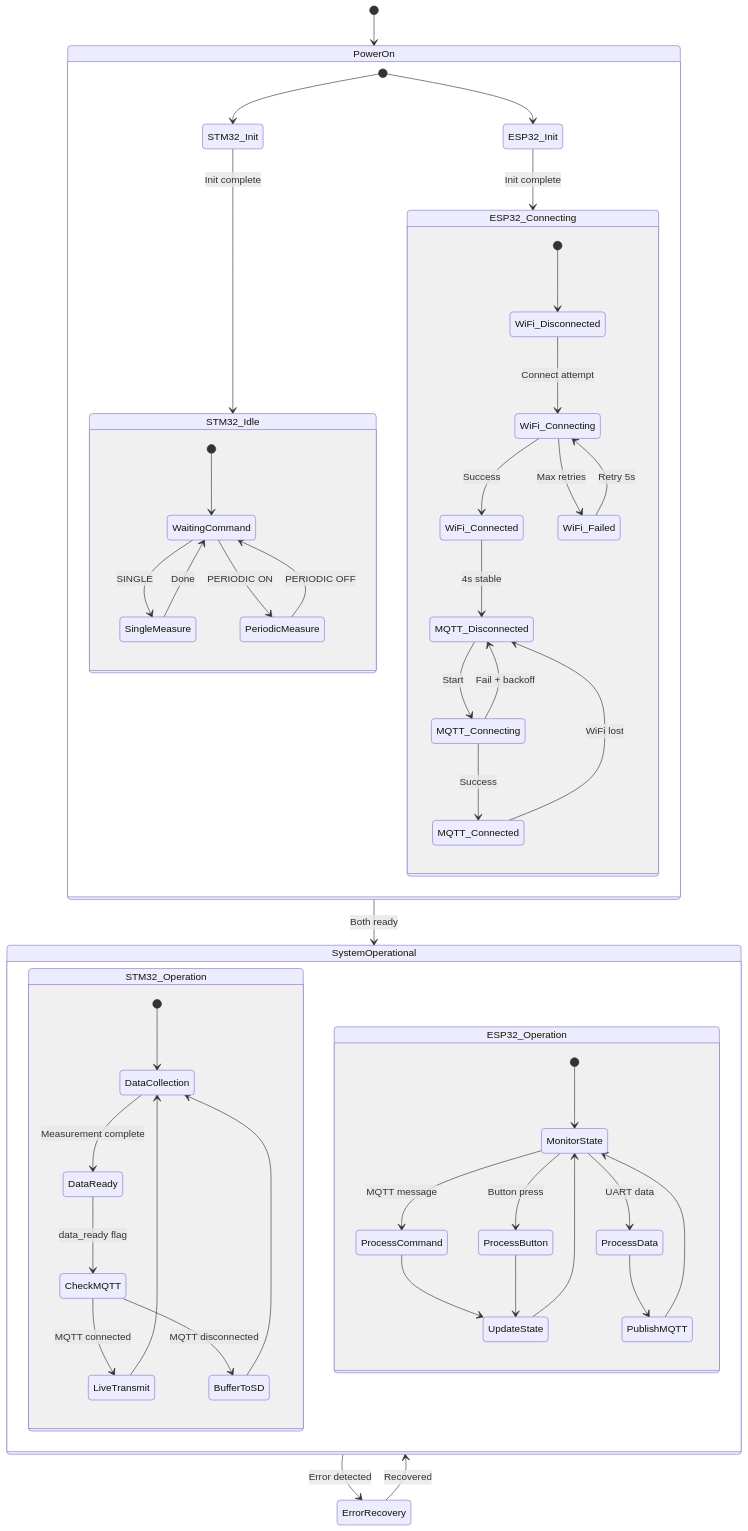
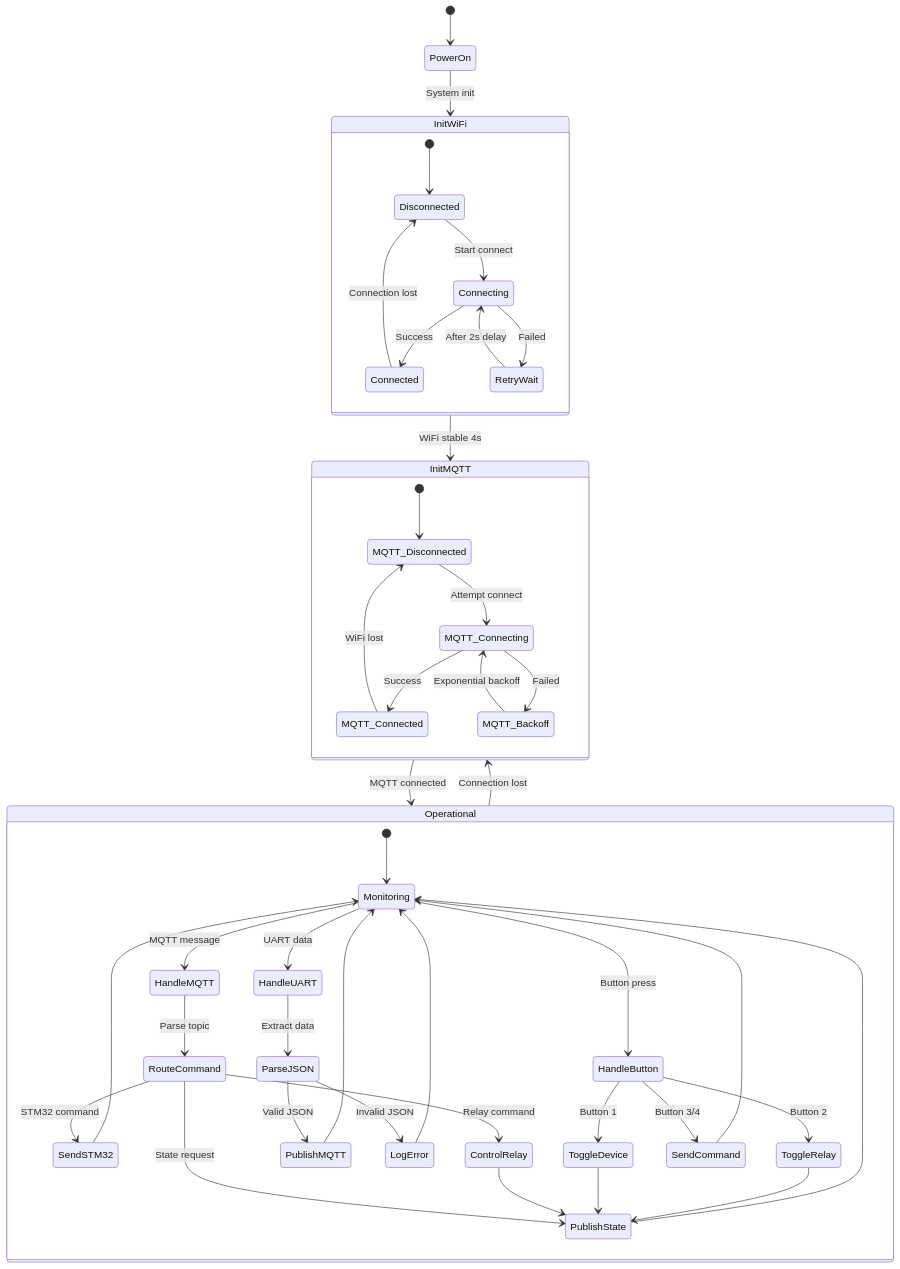
The sixth of 10 diagrams in documents/firmware/UML_DIAGRAM_FIRMWARE.md (meeTeam05/datalogger), drawn with Mermaid before and after one commit. The commit also changed other lines of this file, not shown here.

Commit message:
fix(docs): update UML diagrams for clarity and organization in UML_DIAGRAM_FIRMWARE.md

````diff
--- a/documents/firmware/UML_DIAGRAM_FIRMWARE.md
+++ b/documents/firmware/UML_DIAGRAM_FIRMWARE.md
@@ -368,62 +340,60 @@
 ```mermaid
 stateDiagram-v2
     [*] --> PowerOn
-    
-    state PowerOn {
-        [*] --> STM32_Init
-        [*] --> ESP32_Init
-        
-        STM32_Init --> STM32_Idle : Init complete
-        ESP32_Init --> ESP32_Connecting : Init complete
-        
-        state STM32_Idle {
-            [*] --> WaitingCommand
-            WaitingCommand --> SingleMeasure : SINGLE
-            WaitingCommand --> PeriodicMeasure : PERIODIC ON
-            SingleMeasure --> WaitingCommand : Done
-            PeriodicMeasure --> WaitingCommand : PERIODIC OFF
-        }
-        
-        state ESP32_Connecting {
-            [*] --> WiFi_Disconnected
-            WiFi_Disconnected --> WiFi_Connecting : Connect attempt
-            WiFi_Connecting --> WiFi_Connected : Success
-            WiFi_Connecting --> WiFi_Failed : Max retries
-            WiFi_Failed --> WiFi_Connecting : Retry 5s
-            WiFi_Connected --> MQTT_Disconnected : 4s stable
-            
-            MQTT_Disconnected --> MQTT_Connecting : Start
-            MQTT_Connecting --> MQTT_Connected : Success
-            MQTT_Connecting --> MQTT_Disconnected : Fail + backoff
-            MQTT_Connected --> MQTT_Disconnected : WiFi lost
-        }
+
+    PowerOn --> InitWiFi : System init
+
+    state InitWiFi {
+        [*] --> Disconnected
+        Disconnected --> Connecting : Start connect
+        Connecting --> Connected : Success
+        Connecting --> RetryWait : Failed
+        RetryWait --> Connecting : After 2s delay
+        Connected --> Disconnected : Connection lost
     }
-    
-    state SystemOperational {
-        state STM32_Operation {
-            [*] --> DataCollection
-            DataCollection --> DataReady : Measurement complete
-            DataReady --> CheckMQTT : data_ready flag
-            CheckMQTT --> LiveTransmit : MQTT connected
-            CheckMQTT --> BufferToSD : MQTT disconnected
-            LiveTransmit --> DataCollection
-            BufferToSD --> DataCollection
-        }
-        
-        state ESP32_Operation {
-            [*] --> MonitorState
-            MonitorState --> ProcessCommand : MQTT message
-            MonitorState --> ProcessData : UART data
-            MonitorState --> ProcessButton : Button press
-            ProcessCommand --> UpdateState
-            ProcessData --> PublishMQTT
-            ProcessButton --> UpdateState
-            UpdateState --> MonitorState
-            PublishMQTT --> MonitorState
-        }
+
+    InitWiFi --> InitMQTT : WiFi stable 4s
+
+    state InitMQTT {
+        [*] --> MQTT_Disconnected
+        MQTT_Disconnected --> MQTT_Connecting : Attempt connect
+        MQTT_Connecting --> MQTT_Connected : Success
+        MQTT_Connecting --> MQTT_Backoff : Failed
+        MQTT_Backoff --> MQTT_Connecting : Exponential backoff
+        MQTT_Connected --> MQTT_Disconnected : WiFi lost
     }
-    
-    PowerOn --> SystemOperational : Both ready
-    SystemOperational --> ErrorRecovery : Error detected
-    ErrorRecovery --> SystemOperational : Recovered
+
+    InitMQTT --> Operational : MQTT connected
+
+    state Operational {
+        [*] --> Monitoring
+
+        Monitoring --> HandleMQTT : MQTT message
+        Monitoring --> HandleUART : UART data
+        Monitoring --> HandleButton : Button press
+
+        HandleMQTT --> RouteCommand : Parse topic
+        RouteCommand --> SendSTM32 : STM32 command
+        RouteCommand --> ControlRelay : Relay command
+        RouteCommand --> PublishState : State request
+
+        HandleUART --> ParseJSON : Extract data
+        ParseJSON --> PublishMQTT : Valid JSON
+        ParseJSON --> LogError : Invalid JSON
+
+        HandleButton --> ToggleDevice : Button 1
+        HandleButton --> ToggleRelay : Button 2
+        HandleButton --> SendCommand : Button 3/4
+
+        SendSTM32 --> Monitoring
+        ControlRelay --> PublishState
+        PublishState --> Monitoring
+        PublishMQTT --> Monitoring
+        LogError --> Monitoring
+        ToggleDevice --> PublishState
+        ToggleRelay --> PublishState
+        SendCommand --> Monitoring
+    }
+
+    Operational --> InitMQTT : Connection lost
 ```
````
